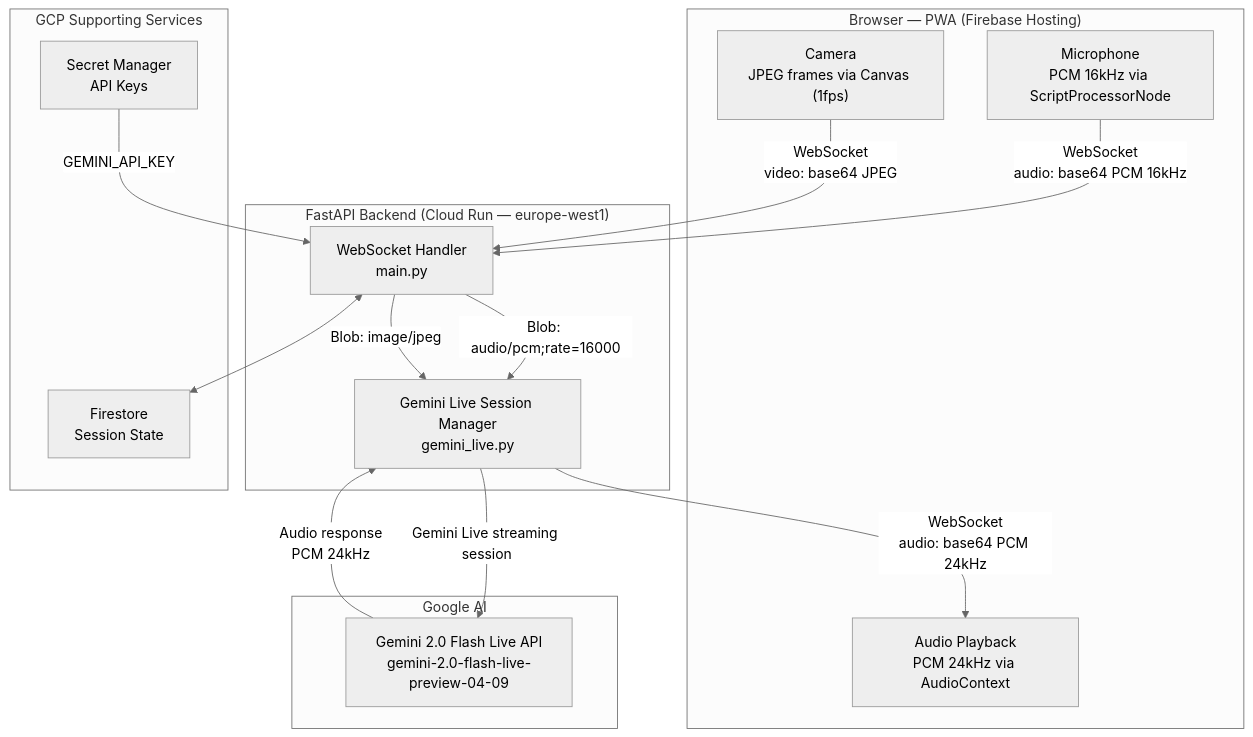
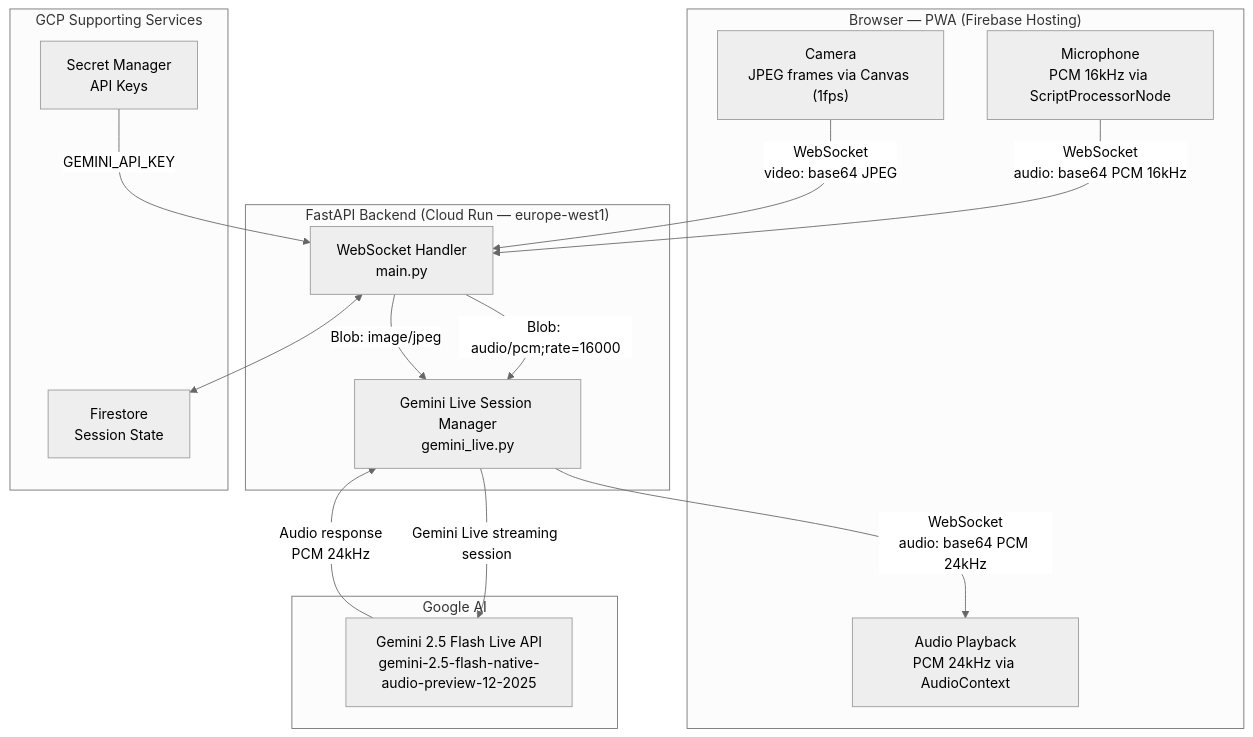
Before and after one commit to luistatera/SeeMeTutor: the diagram in README.md, drawn with Mermaid (neutral theme). The commit also changed other lines of this file and 3 other files, not shown here.

Commit message:
feat: upgrade Gemini model from 2.0 Flash to 2.5 Flash across all configurations and documentation.

````diff
--- a/README.md
+++ b/README.md
@@ -27,32 +27,32 @@
 ```mermaid
 flowchart TD
     subgraph Browser["Browser — PWA (Firebase Hosting)"]
         MIC["Microphone\nPCM 16kHz via ScriptProcessorNode"]
         CAM["Camera\nJPEG frames via Canvas (1fps)"]
         PLAY["Audio Playback\nPCM 24kHz via AudioContext"]
     end
 
     subgraph Backend["FastAPI Backend (Cloud Run — europe-west1)"]
         WS["WebSocket Handler\nmain.py"]
         GL["Gemini Live Session Manager\ngemini_live.py"]
     end
 
     subgraph Google["Google AI"]
-        GEMINI["Gemini 2.0 Flash Live API\ngemini-2.0-flash-live-preview-04-09"]
+        GEMINI["Gemini 2.5 Flash Live API\ngemini-2.5-flash-native-audio-preview-12-2025"]
     end
 
     subgraph GCP["GCP Supporting Services"]
         FS["Firestore\nSession State"]
         SM["Secret Manager\nAPI Keys"]
     end
 
     MIC -- "WebSocket\naudio: base64 PCM 16kHz" --> WS
     CAM -- "WebSocket\nvideo: base64 JPEG" --> WS
     WS -- "Blob: audio/pcm;rate=16000" --> GL
     WS -- "Blob: image/jpeg" --> GL
     GL -- "Gemini Live streaming session" --> GEMINI
     GEMINI -- "Audio response\nPCM 24kHz" --> GL
     GL -- "WebSocket\naudio: base64 PCM 24kHz" --> PLAY
     WS <--> FS
     SM -- "GEMINI_API_KEY" --> WS
 ```
````
